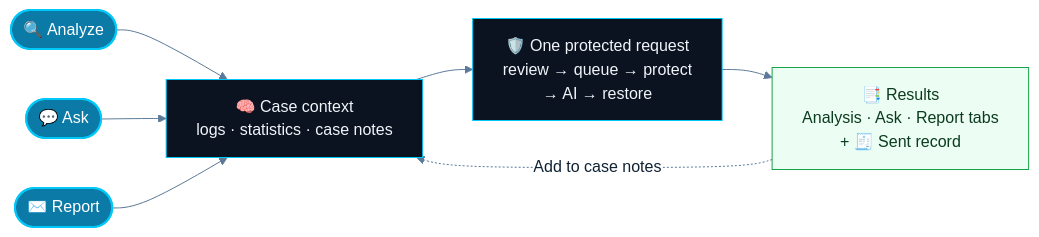
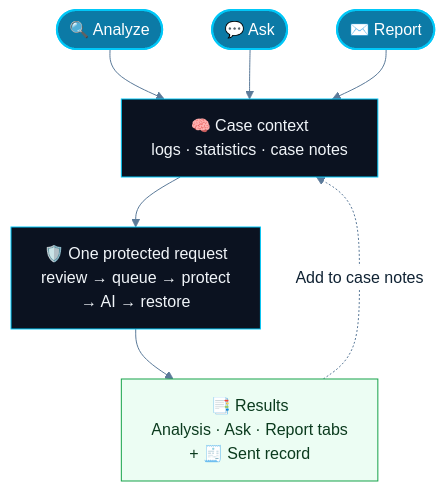
One commit to aymenmarjan/veilux-soc-assistant changed the second of 3 diagrams in README.md. Above: the diagram before and after it, drawn with Mermaid. The commit also changed other lines of this file, not shown here.

Commit message:
Update mermaid diagrams for improved clarity

````diff
--- a/README.md
+++ b/README.md
@@ -169,17 +169,17 @@
 ```mermaid
-%%{init: {"theme":"base","themeVariables":{"primaryColor":"#E6F7FD","primaryBorderColor":"#0C7AA6","primaryTextColor":"#0F2233","lineColor":"#5B7A99","clusterBkg":"#F4F9FC","clusterBorder":"#9FC9DC","titleColor":"#0F2233","edgeLabelBackground":"#FFFFFF"}}}%%
-flowchart LR
+%%{init: {"theme":"base","themeVariables":{"primaryColor":"#E6F7FD","primaryBorderColor":"#0C7AA6","primaryTextColor":"#0F2233","lineColor":"#5B7A99","clusterBkg":"#F4F9FC","clusterBorder":"#9FC9DC","titleColor":"#0F2233","edgeLabelBackground":"#FFFFFF"},"flowchart":{"wrappingWidth":320}}}%%
+flowchart TD
     AN(["🔍 Analyze"]) --> CTX
     ASK(["💬 Ask"]) --> CTX
     REP(["✉️ Report"]) --> CTX
     CTX["🧠 Case context<br/>logs · statistics · case notes"] --> PIPE["🛡️ One protected request<br/>review → queue → protect<br/>→ AI → restore"]
     PIPE --> OUT["📑 Results<br/>Analysis · Ask · Report tabs<br/>+ 🧾 Sent record"]
     OUT -. "Add to case notes" .-> CTX
 
     classDef act fill:#0C7AA6,stroke:#00C8F8,color:#FFFFFF,stroke-width:2px
     classDef pipe fill:#0B1220,stroke:#00C8F8,color:#F1F5F9
     classDef outp fill:#ECFDF3,stroke:#16A34A,color:#0B3B1E
     class AN,ASK,REP act
     class CTX,PIPE pipe
     class OUT outp
 ```
````
